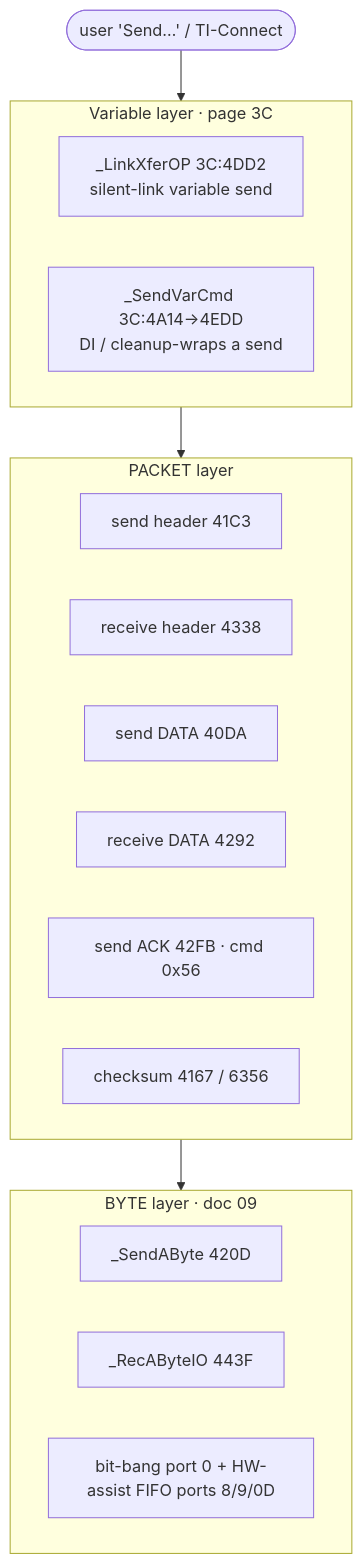
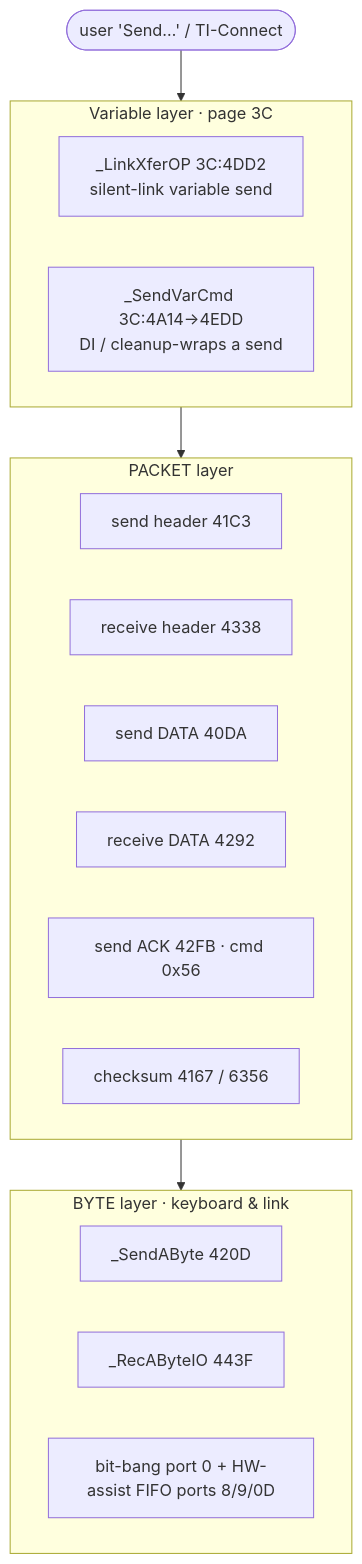
One commit to siraben/ti84p-re changed the diagram in docs/sub-link-transfer.md. Above: the diagram before and after it, drawn with Mermaid. The commit also changed other lines of this file and 38 other files, not shown here.

````diff
--- a/docs/sub-link-transfer.md
+++ b/docs/sub-link-transfer.md
@@ -22,24 +20,24 @@
 ```mermaid
 flowchart TB
     SRC(["user 'Send…' / TI-Connect"])
     subgraph VAR["Variable layer · page 3C"]
       LX["_LinkXferOP 3C:4DD2<br/>silent-link variable send"]
       SV["_SendVarCmd 3C:4A14→4EDD<br/>DI / cleanup-wraps a send"]
     end
     subgraph PKT["PACKET layer"]
       direction LR
       SH["send header 41C3"]
       RH["receive header 4338"]
       SD["send DATA 40DA"]
       RD["receive DATA 4292"]
       AK["send ACK 42FB · cmd 0x56"]
       CK["checksum 4167 / 6356"]
     end
-    subgraph BYTE["BYTE layer · doc 09"]
+    subgraph BYTE["BYTE layer · keyboard & link"]
       direction LR
       SB["_SendAByte 420D"]
       RB["_RecAByteIO 443F"]
       HW["bit-bang port 0 + HW-assist FIFO ports 8/9/0D"]
     end
     SRC --> VAR --> PKT --> BYTE
 ```
````
